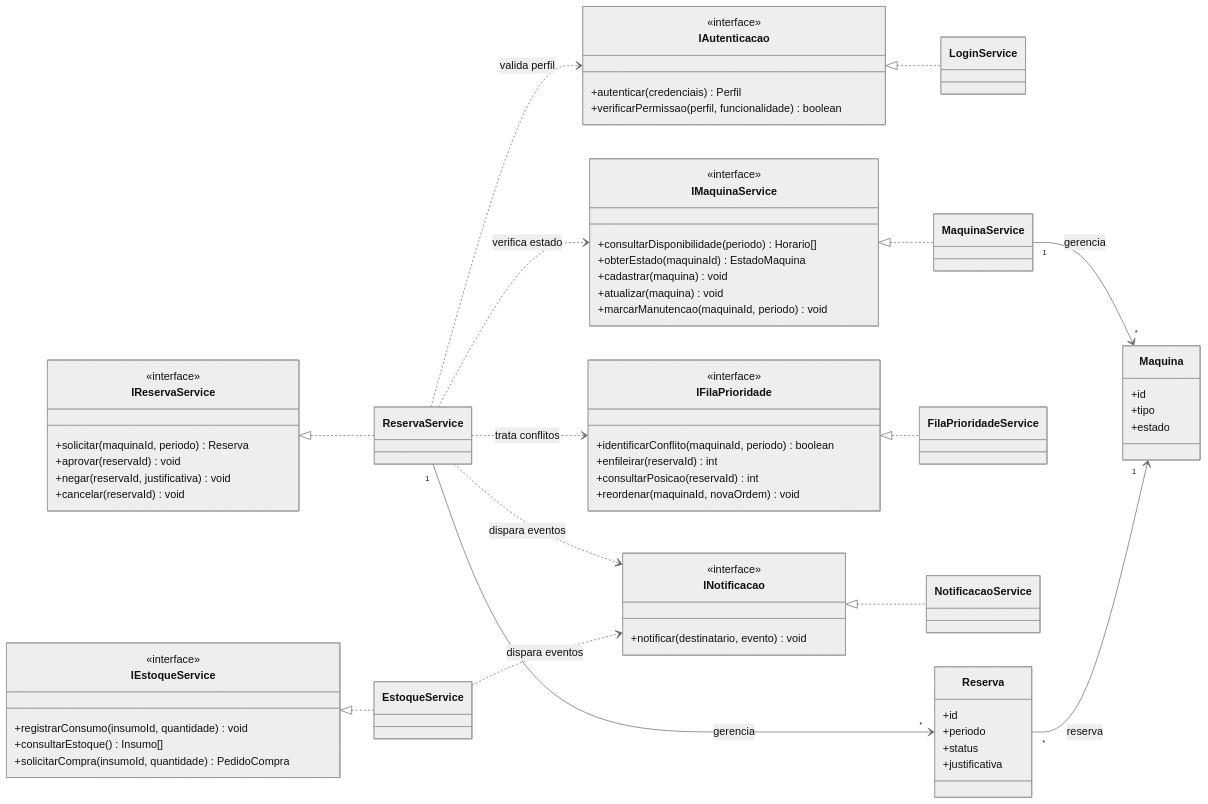
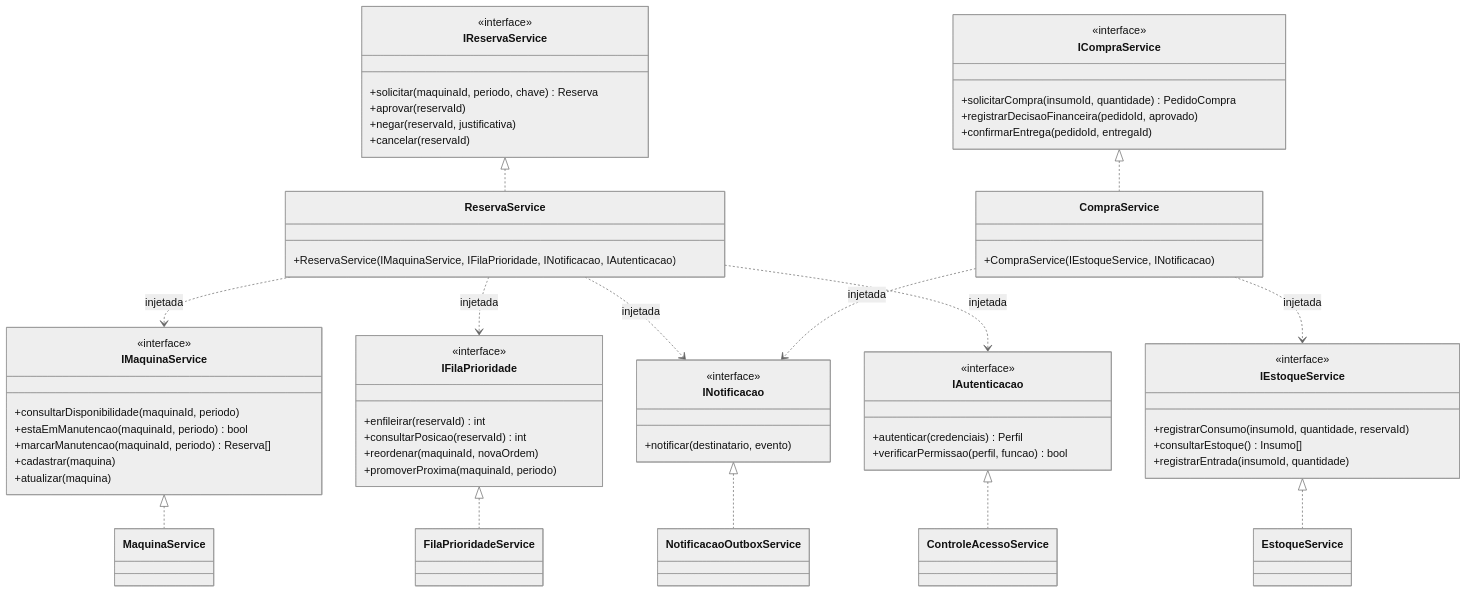
The eighth of 14 diagrams in Readme.md (Fe-76/diagramas), drawn with Mermaid (neutral theme) before and after one commit. The commit also changed other lines of this file and 30 other files, not shown here.

````diff
--- a/Readme.md
+++ b/Readme.md
@@ -55,84 +298,76 @@
 ```mermaid
 classDiagram
-direction LR
+    direction TB
 
-class IAutenticacao {
-    <<interface>>
-    +autenticar(credenciais) Perfil
-    +verificarPermissao(perfil, funcionalidade) boolean
-}
+    class IReservaService {
+        <<interface>>
+        +solicitar(maquinaId, periodo, chave) Reserva
+        +aprovar(reservaId)
+        +negar(reservaId, justificativa)
+        +cancelar(reservaId)
+    }
+    class ReservaService {
+        +ReservaService(IMaquinaService, IFilaPrioridade, INotificacao, IAutenticacao)
+    }
+    IReservaService <|.. ReservaService
 
-class IMaquinaService {
-    <<interface>>
-    +consultarDisponibilidade(periodo) Horario[]
-    +obterEstado(maquinaId) EstadoMaquina
-    +cadastrar(maquina) void
-    +atualizar(maquina) void
-    +marcarManutencao(maquinaId, periodo) void
-}
+    class IMaquinaService {
+        <<interface>>
+        +consultarDisponibilidade(maquinaId, periodo)
+        +estaEmManutencao(maquinaId, periodo) bool
+        +marcarManutencao(maquinaId, periodo) Reserva[]
+        +cadastrar(maquina)
+        +atualizar(maquina)
+    }
+    class IFilaPrioridade {
+        <<interface>>
+        +enfileirar(reservaId) int
+        +consultarPosicao(reservaId) int
+        +reordenar(maquinaId, novaOrdem)
+        +promoverProxima(maquinaId, periodo)
+    }
+    class INotificacao {
+        <<interface>>
+        +notificar(destinatario, evento)
+    }
+    class IAutenticacao {
+        <<interface>>
+        +autenticar(credenciais) Perfil
+        +verificarPermissao(perfil, funcao) bool
+    }
 
-class IReservaService {
-    <<interface>>
-    +solicitar(maquinaId, periodo) Reserva
-    +aprovar(reservaId) void
-    +negar(reservaId, justificativa) void
-    +cancelar(reservaId) void
-}
+    ReservaService ..> IMaquinaService : injetada
+    ReservaService ..> IFilaPrioridade : injetada
+    ReservaService ..> INotificacao : injetada
+    ReservaService ..> IAutenticacao : injetada
 
-class IFilaPrioridade {
-    <<interface>>
-    +identificarConflito(maquinaId, periodo) boolean
-    +enfileirar(reservaId) int
-    +consultarPosicao(reservaId) int
-    +reordenar(maquinaId, novaOrdem) void
-}
+    class ICompraService {
+        <<interface>>
+        +solicitarCompra(insumoId, quantidade) PedidoCompra
+        +registrarDecisaoFinanceira(pedidoId, aprovado)
+        +confirmarEntrega(pedidoId, entregaId)
+    }
+    class CompraService {
+        +CompraService(IEstoqueService, INotificacao)
+    }
+    class IEstoqueService {
+        <<interface>>
+        +registrarConsumo(insumoId, quantidade, reservaId)
+        +consultarEstoque() Insumo[]
+        +registrarEntrada(insumoId, quantidade)
+    }
+    ICompraService <|.. CompraService
+    CompraService ..> IEstoqueService : injetada
+    CompraService ..> INotificacao : injetada
 
-class INotificacao {
-    <<interface>>
-    +notificar(destinatario, evento) void
-}
-
-class IEstoqueService {
-    <<interface>>
-    +registrarConsumo(insumoId, quantidade) void
-    +consultarEstoque() Insumo[]
-    +solicitarCompra(insumoId, quantidade) PedidoCompra
-}
-
-class LoginService
-class MaquinaService
-class ReservaService
-class FilaPrioridadeService
-class NotificacaoService
-class EstoqueService
-
-class Reserva {
-    +id
-    +periodo
-    +status
-    +justificativa
-}
-
-class Maquina {
-    +id
-    +tipo
-    +estado
-}
-
-IAutenticacao <|.. LoginService
-IMaquinaService <|.. MaquinaService
-IReservaService <|.. ReservaService
-IFilaPrioridade <|.. FilaPrioridadeService
-INotificacao <|.. NotificacaoService
-IEstoqueService <|.. EstoqueService
-
-ReservaService ..> IMaquinaService : verifica estado
-ReservaService ..> IFilaPrioridade : trata conflitos
-ReservaService ..> INotificacao : dispara eventos
-ReservaService ..> IAutenticacao : valida perfil
-EstoqueService ..> INotificacao : dispara eventos
-
-ReservaService "1" --> "*" Reserva : gerencia
-MaquinaService "1" --> "*" Maquina : gerencia
-Reserva "*" --> "1" Maquina : reserva
+    class MaquinaService
+    class FilaPrioridadeService
+    class NotificacaoOutboxService
+    class ControleAcessoService
+    class EstoqueService
+    IMaquinaService <|.. MaquinaService
+    IFilaPrioridade <|.. FilaPrioridadeService
+    INotificacao <|.. NotificacaoOutboxService
+    IAutenticacao <|.. ControleAcessoService
+    IEstoqueService <|.. EstoqueService
 ```
````
